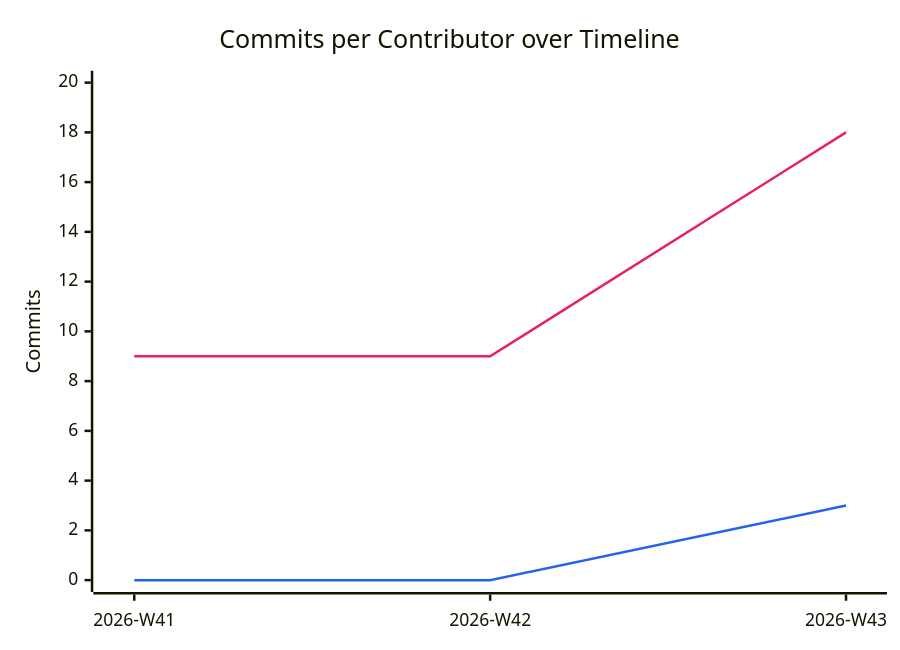
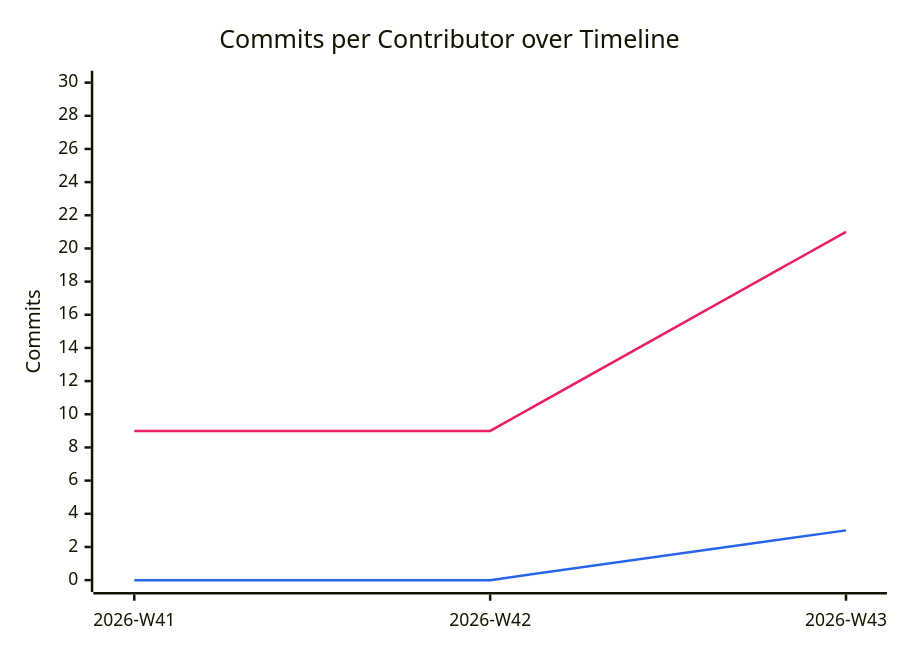
One commit to BeyondMagic/swe-template changed the diagram in documentation/snippets/management/commit-velocity.mmd. Above: the diagram before and after it, drawn with Mermaid. The commit also changed 2 other files, not shown here.

```diff
--- a/documentation/snippets/management/commit-velocity.mmd
+++ b/documentation/snippets/management/commit-velocity.mmd
@@ -1,7 +1,7 @@
 %%{init: {"themeVariables": {"xyChart": {"plotColorPalette": "#e91e63, #2563eb"}}}}%%
 xychart-beta
     title "Commits per Contributor over Timeline"
     x-axis ["2026-W41", "2026-W42", "2026-W43"]
-    y-axis "Commits" 0 --> 20
-    line [9, 9, 18]
+    y-axis "Commits" 0 --> 30
+    line [9, 9, 21]
     line [0, 0, 3]
```
